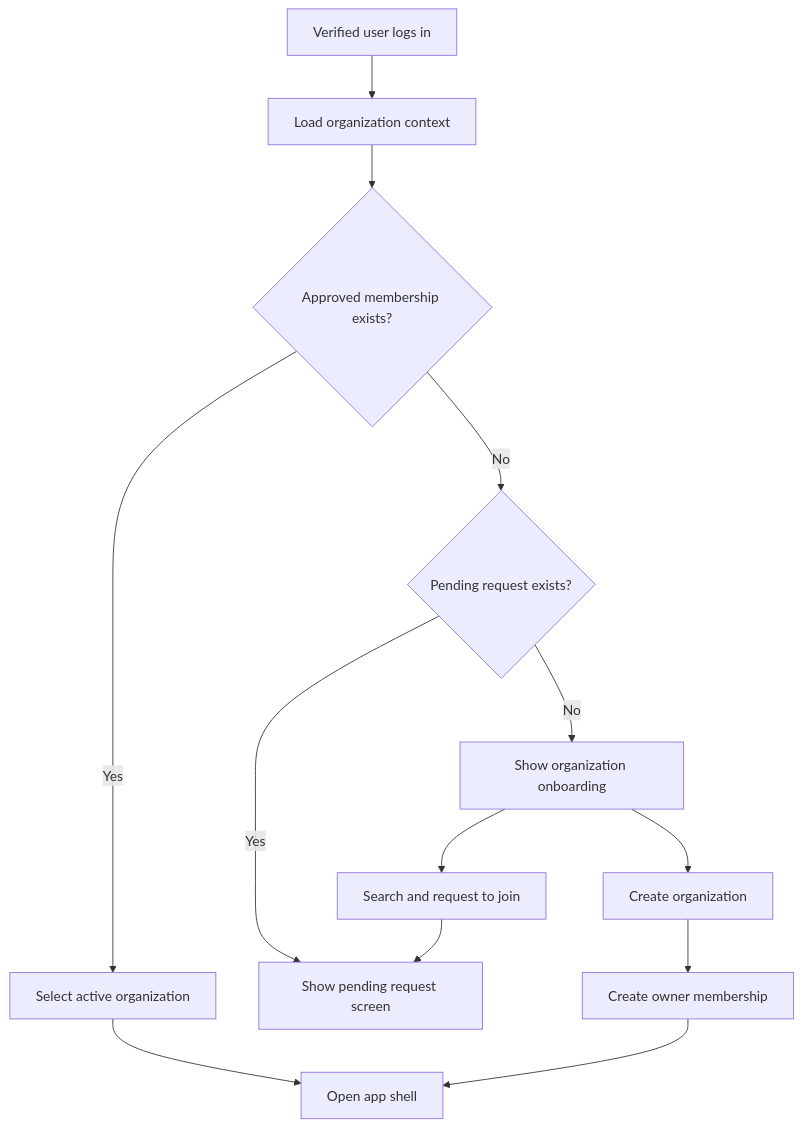
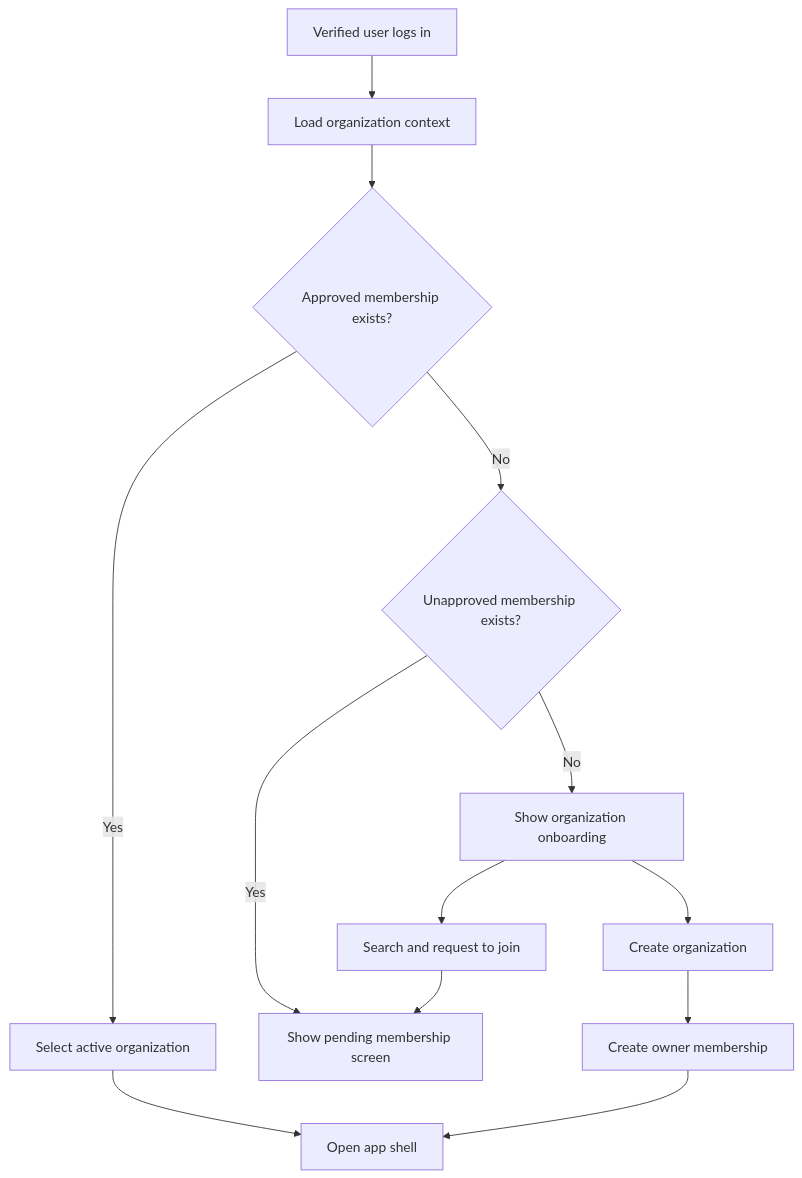
Before and after one commit to AhmedAbrarZayad/Infra-Monitor: the first of 2 diagrams in docs/Organization/Role-Based Organization Auth.md, drawn with Mermaid. The commit also changed other lines of this file, not shown here.

````diff
--- a/docs/Organization/Role-Based Organization Auth.md
+++ b/docs/Organization/Role-Based Organization Auth.md
@@ -38,15 +38,15 @@
 ```mermaid
 flowchart TD
     A[Verified user logs in] --> B[Load organization context]
     B --> C{Approved membership exists?}
     C -- Yes --> D[Select active organization]
     D --> E[Open app shell]
-    C -- No --> F{Pending request exists?}
-    F -- Yes --> G[Show pending request screen]
+    C -- No --> F{Unapproved membership exists?}
+    F -- Yes --> G[Show pending membership screen]
     F -- No --> H[Show organization onboarding]
     H --> I[Create organization]
     H --> J[Search and request to join]
     I --> K[Create owner membership]
     K --> E
     J --> G
 ```
````
